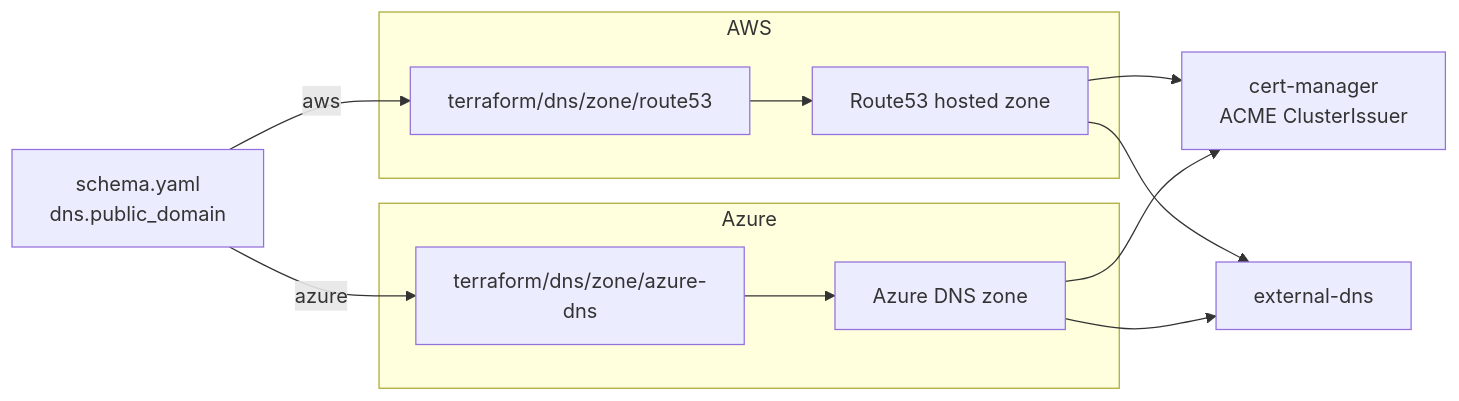
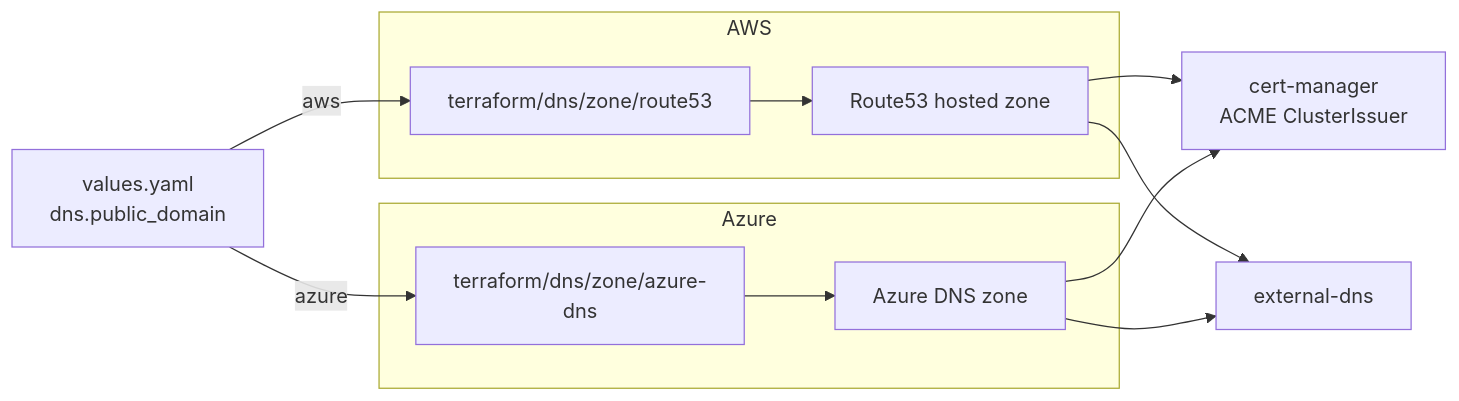
Before and after one commit to windsorcli/core: the diagram in terraform/dns/README.md, drawn with Mermaid. The commit also changed 7 other files, not shown here.

Commit message:
chore(docs): update README files to replace 'schema' with 'values' in flowcharts

````diff
--- a/terraform/dns/README.md
+++ b/terraform/dns/README.md
@@ -21,26 +21,26 @@
 ```mermaid
 flowchart LR
-  schema[schema.yaml<br/>dns.public_domain]
+  values[values.yaml<br/>dns.public_domain]
 
   subgraph awspath[AWS]
     tfR53[terraform/dns/zone/route53]
     r53[Route53 hosted zone]
   end
 
   subgraph azurepath[Azure]
     tfAz[terraform/dns/zone/azure-dns]
     azz[Azure DNS zone]
   end
 
   certmgr[cert-manager<br/>ACME ClusterIssuer]
   extdns[external-dns]
 
-  schema -->|aws| tfR53
-  schema -->|azure| tfAz
+  values -->|aws| tfR53
+  values -->|azure| tfAz
   tfR53 --> r53
   tfAz --> azz
   r53 --> certmgr
   r53 --> extdns
   azz --> certmgr
   azz --> extdns
 ```
````
